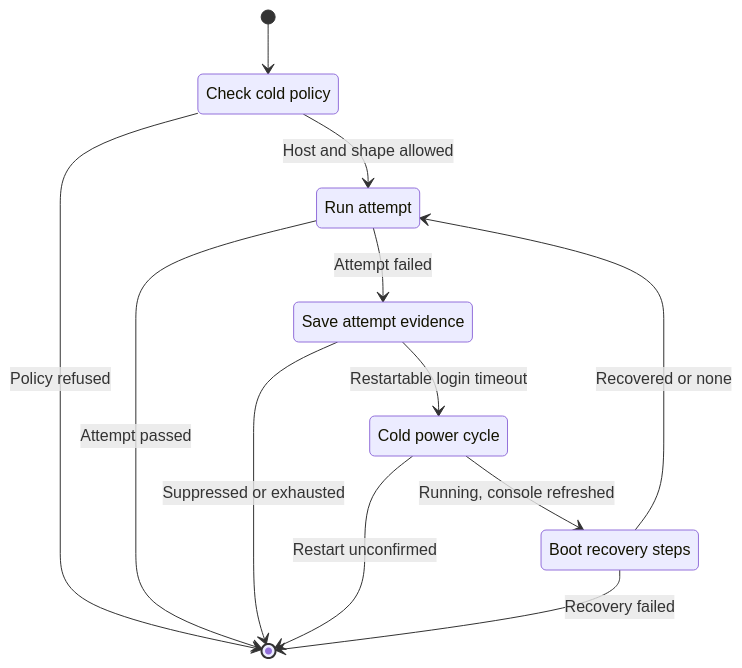
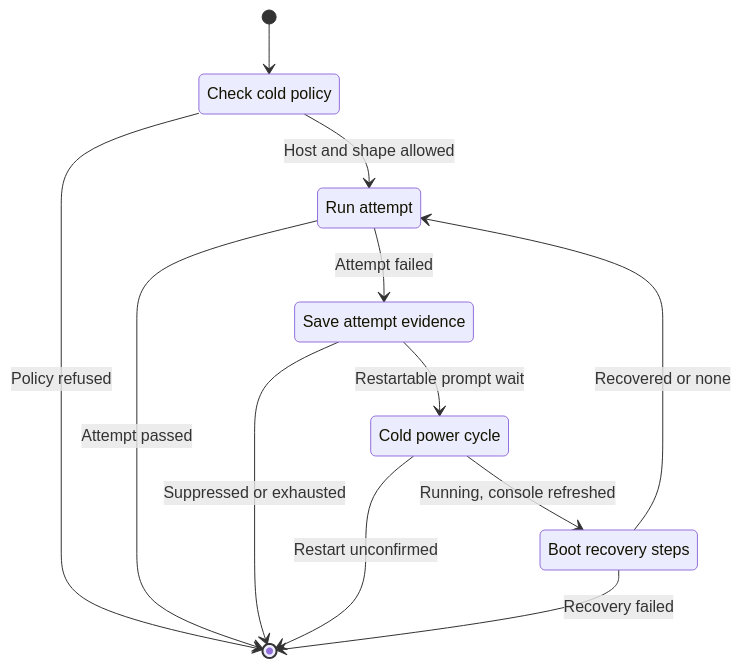
One commit to alissonsol/yuruna changed the third of 9 diagrams in docs/design/04-lifecycle-state.md. Above: the diagram before and after it, drawn with Mermaid. The commit also changed other lines of this file and 1545 other files, not shown here.

````diff
--- a/docs/design/04-lifecycle-state.md
+++ b/docs/design/04-lifecycle-state.md
@@ -116,19 +116,19 @@
 ```mermaid
 stateDiagram-v2
     state "Check cold policy" as test_sequence_cold_power_cycle_policy
     state "Run attempt" as invoke_step_block
     state "Save attempt evidence" as save_step_failure_evidence
     state "Cold power cycle" as invoke_sequence_cold_power_cycle
     state "Boot recovery steps" as steps_after_vm_restart
     [*] --> test_sequence_cold_power_cycle_policy
     test_sequence_cold_power_cycle_policy --> invoke_step_block: Host and shape allowed
     test_sequence_cold_power_cycle_policy --> [*]: Policy refused
     invoke_step_block --> [*]: Attempt passed
     invoke_step_block --> save_step_failure_evidence: Attempt failed
-    save_step_failure_evidence --> invoke_sequence_cold_power_cycle: Restartable login timeout
+    save_step_failure_evidence --> invoke_sequence_cold_power_cycle: Restartable prompt wait
     save_step_failure_evidence --> [*]: Suppressed or exhausted
     invoke_sequence_cold_power_cycle --> steps_after_vm_restart: Running, console refreshed
     invoke_sequence_cold_power_cycle --> [*]: Restart unconfirmed
     steps_after_vm_restart --> invoke_step_block: Recovered or none
     steps_after_vm_restart --> [*]: Recovery failed
 ```
````
